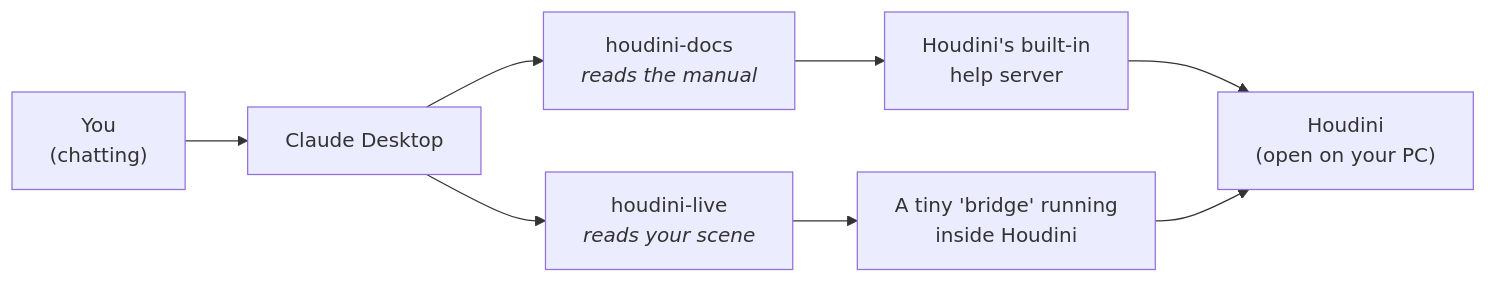
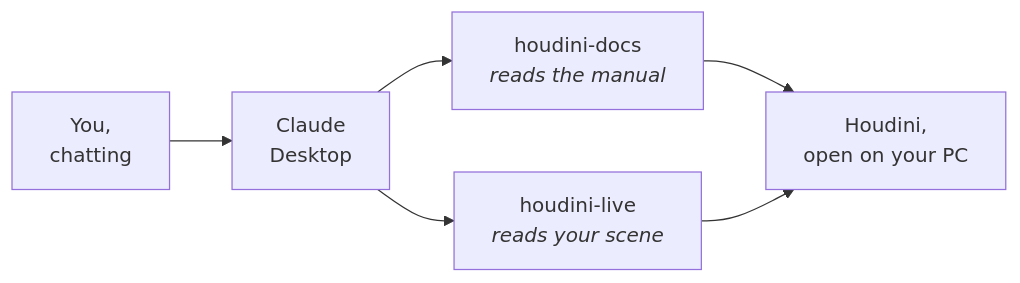
One commit to mizarzulfa/houdini-live-mcp changed the first of 2 diagrams in README.md. Above: the diagram before and after it, drawn with Mermaid. The commit also changed other lines of this file, not shown here.

First line of the commit message:
README: readable 'Did it work?' checks, simpler diagrams for non-technical readers

````diff
--- a/README.md
+++ b/README.md
@@ -28,10 +28,8 @@
 ```mermaid
 flowchart LR
-    A["You<br/>(chatting)"] --> B["Claude Desktop"]
+    A["You,<br/>chatting"] --> B["Claude<br/>Desktop"]
     B --> C["houdini-docs<br/><i>reads the manual</i>"]
     B --> D["houdini-live<br/><i>reads your scene</i>"]
-    C --> E["Houdini's built-in<br/>help server"]
-    D --> F["A tiny 'bridge' running<br/>inside Houdini"]
-    E --> G["Houdini<br/>(open on your PC)"]
-    F --> G
+    C --> E["Houdini,<br/>open on your PC"]
+    D --> E
 ```
````
